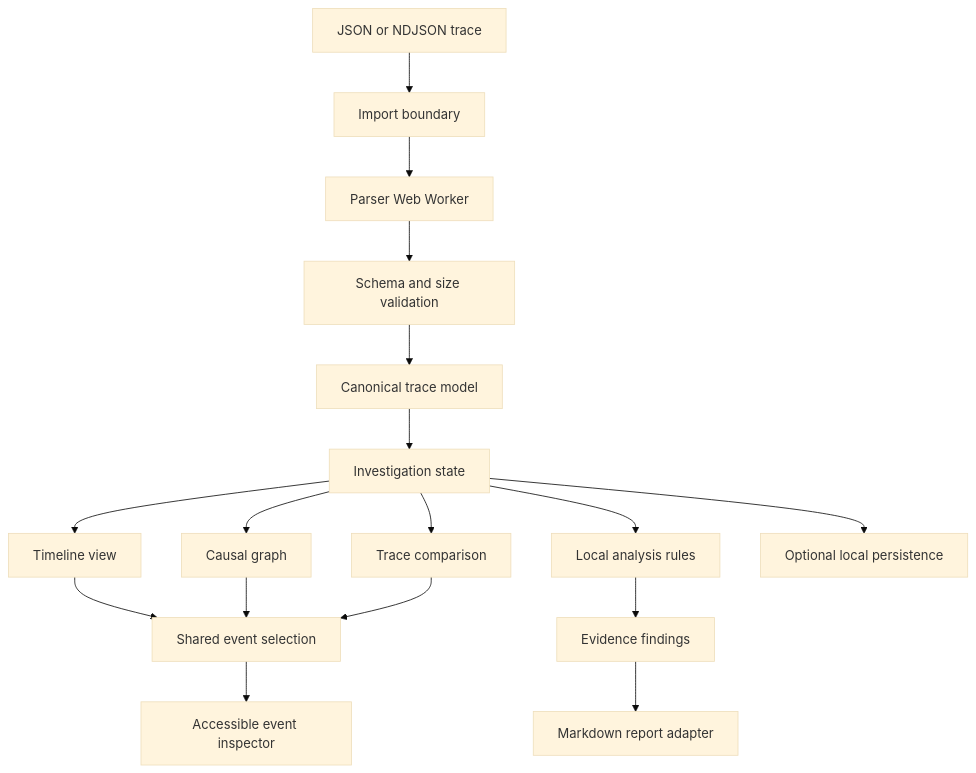
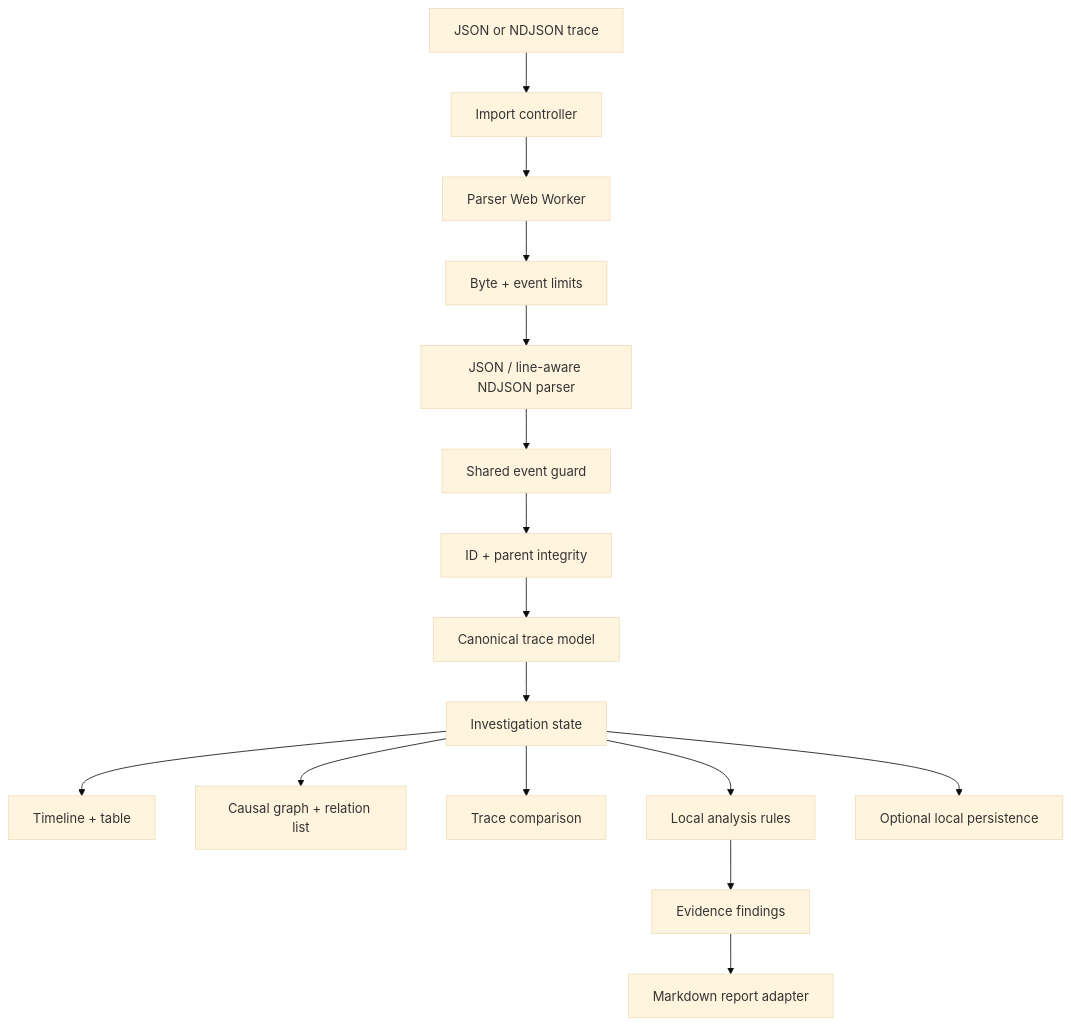
Before and after one commit to ASKR04/JavaScript: the first of 2 diagrams in eventweave/docs/architecture.md, drawn with Mermaid (base theme). The commit also changed other lines of this file and 21 other files, not shown here.

Commit message:
feat(eventweave): establish trace import foundation

````diff
--- a/eventweave/docs/architecture.md
+++ b/eventweave/docs/architecture.md
@@ -15,19 +15,18 @@
 ```mermaid
 flowchart TB
-    File["JSON or NDJSON trace"] --> Import["Import boundary"]
-    Import --> Worker["Parser Web Worker"]
-    Worker --> Guard["Schema and size validation"]
-    Guard --> Normalize["Canonical trace model"]
+    File["JSON or NDJSON trace"] --> UI["Import controller"]
+    UI --> Worker["Parser Web Worker"]
+    Worker --> Limits["Byte + event limits"]
+    Limits --> Syntax["JSON / line-aware NDJSON parser"]
+    Syntax --> Guard["Shared event guard"]
+    Guard --> Identity["ID + parent integrity"]
+    Identity --> Normalize["Canonical trace model"]
     Normalize --> Store["Investigation state"]
-    Store --> Timeline["Timeline view"]
-    Store --> Graph["Causal graph"]
+    Store --> Timeline["Timeline + table"]
+    Store --> Graph["Causal graph + relation list"]
     Store --> Compare["Trace comparison"]
     Store --> Heuristics["Local analysis rules"]
     Heuristics --> Findings["Evidence findings"]
-    Timeline --> Selection["Shared event selection"]
-    Graph --> Selection
-    Compare --> Selection
-    Selection --> Inspector["Accessible event inspector"]
     Findings --> Report["Markdown report adapter"]
     Store --> IndexedDB["Optional local persistence"]
 ```
````
